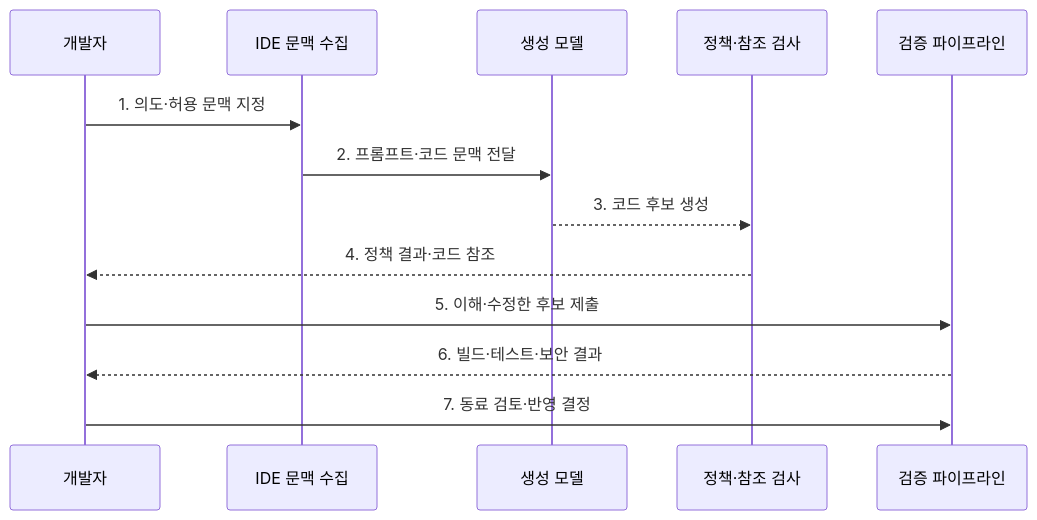
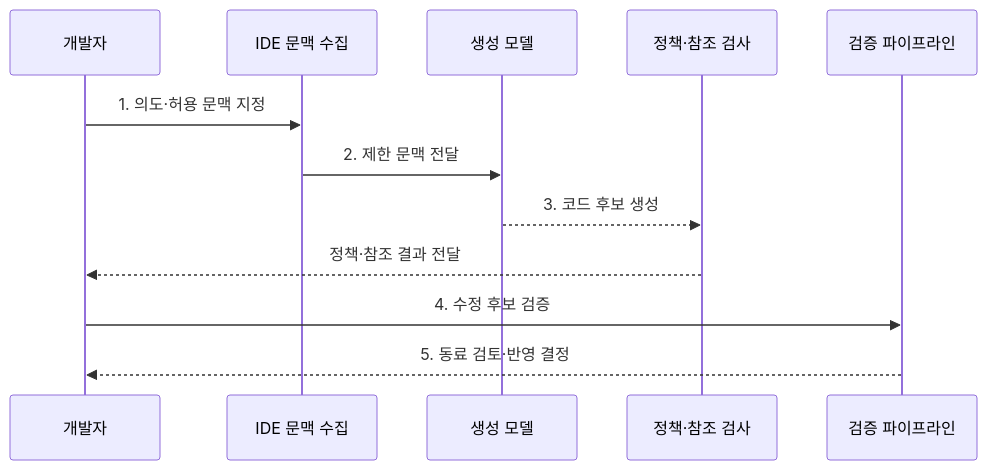
The second of 2 diagrams in src/content/docs/notes/03-software/081_ai_code_generation.md (agnusdei1207/knowledge-base), drawn with Mermaid before and after one commit. The commit also changed other lines of this file and 238 other files, not shown here.

````diff
--- a/src/content/docs/notes/03-software/081_ai_code_generation.md
+++ b/src/content/docs/notes/03-software/081_ai_code_generation.md
@@ -79,15 +79,14 @@
 ```mermaid
 sequenceDiagram
     participant D as 개발자
     participant C as IDE 문맥 수집
     participant M as 생성 모델
     participant P as 정책·참조 검사
     participant V as 검증 파이프라인
     D->>C: 1. 의도·허용 문맥 지정
-    C->>M: 2. 프롬프트·코드 문맥 전달
+    C->>M: 2. 제한 문맥 전달
     M-->>P: 3. 코드 후보 생성
-    P-->>D: 4. 정책 결과·코드 참조
-    D->>V: 5. 이해·수정한 후보 제출
-    V-->>D: 6. 빌드·테스트·보안 결과
-    D->>V: 7. 동료 검토·반영 결정
+    P-->>D: 정책·참조 결과 전달
+    D->>V: 4. 수정 후보 검증
+    V-->>D: 5. 동료 검토·반영 결정
 ```
````
